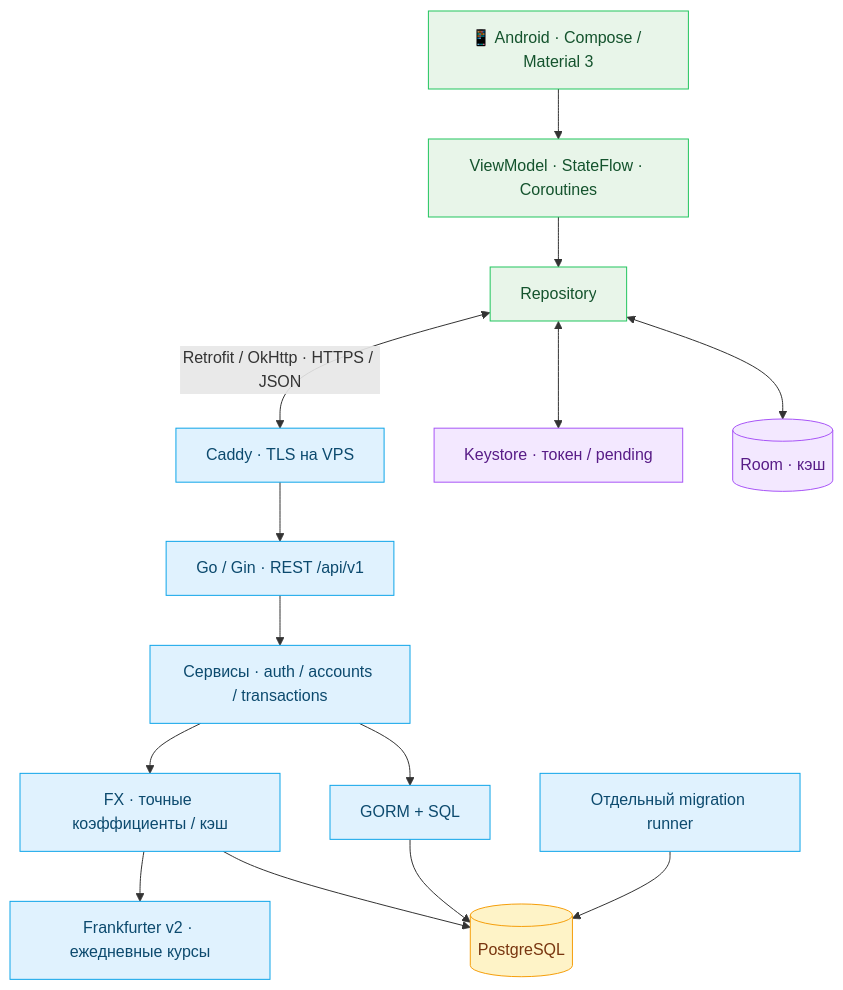
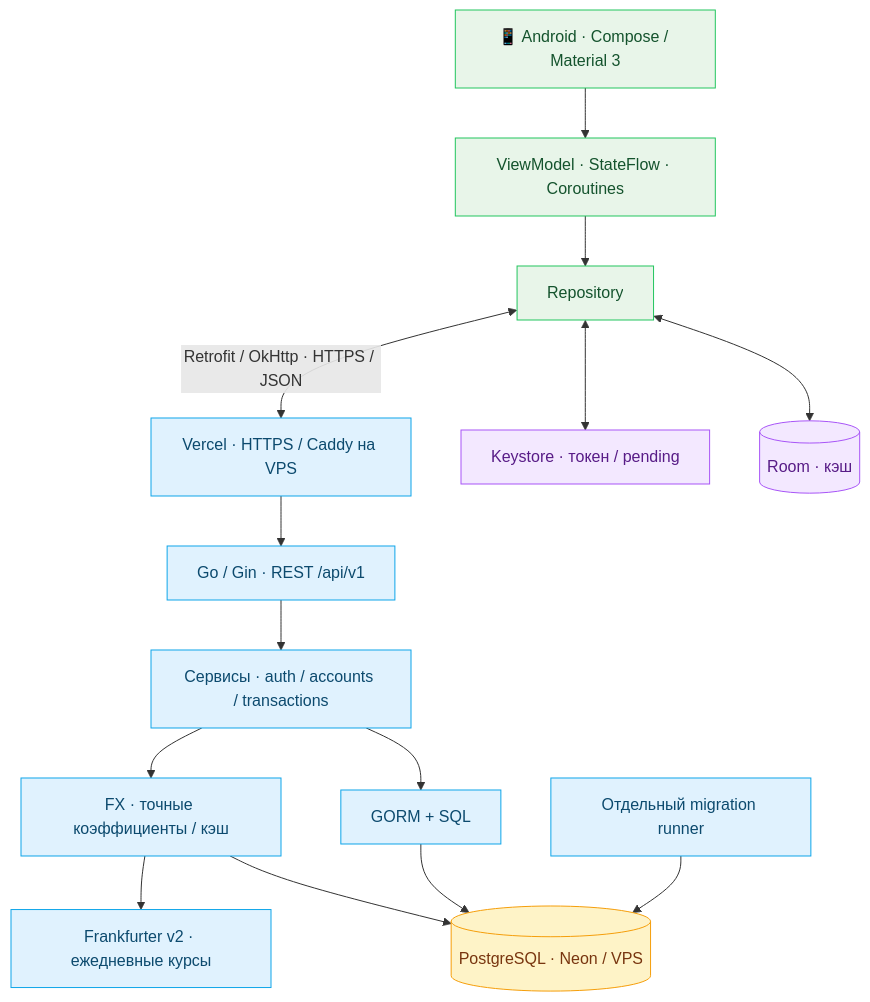
The diagram in README.md (drissakov/moneyflow), drawn with Mermaid before and after one commit. The commit also changed other lines of this file and 1 other file, not shown here.

```diff
--- a/README.md
+++ b/README.md
@@ -102,24 +105,24 @@
 ~~~mermaid
 flowchart TD
     UI["📱 Android · Compose / Material 3"] --> VM["ViewModel · StateFlow · Coroutines"]
     VM --> R["Repository"]
     R <--> ROOM[("Room · кэш")]
     R <--> SEC["Keystore · токен / pending"]
-    R <-->|"Retrofit / OkHttp · HTTPS / JSON"| EDGE["Caddy · TLS на VPS"]
+    R <-->|"Retrofit / OkHttp · HTTPS / JSON"| EDGE["Vercel · HTTPS / Caddy на VPS"]
     EDGE --> API["Go / Gin · REST /api/v1"]
     API --> SVC["Сервисы · auth / accounts / transactions"]
     SVC --> ORM["GORM + SQL"]
-    ORM --> PG[("PostgreSQL")]
+    ORM --> PG[("PostgreSQL · Neon / VPS")]
     SVC --> FX["FX · точные коэффициенты / кэш"]
     FX --> PG
     FX --> FF["Frankfurter v2 · ежедневные курсы"]
     MIG["Отдельный migration runner"] --> PG
     classDef android fill:#E8F5E9,stroke:#22C55E,color:#14532D
     classDef local fill:#F3E8FF,stroke:#A855F7,color:#581C87
     classDef backend fill:#E0F2FE,stroke:#0EA5E9,color:#0C4A6E
     classDef database fill:#FEF3C7,stroke:#F59E0B,color:#78350F
     class UI,VM,R android
     class ROOM,SEC local
     class EDGE,API,SVC,ORM,MIG,FX,FF backend
     class PG database
 ~~~
```
